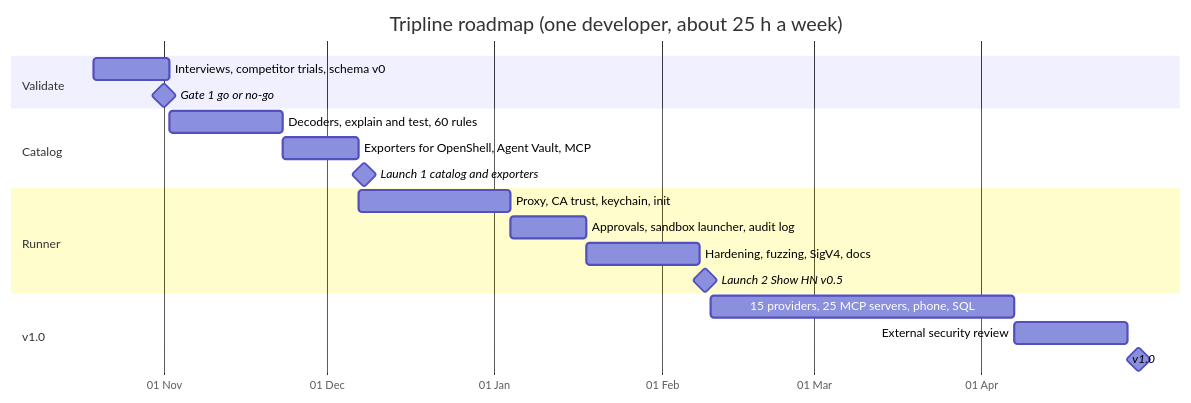
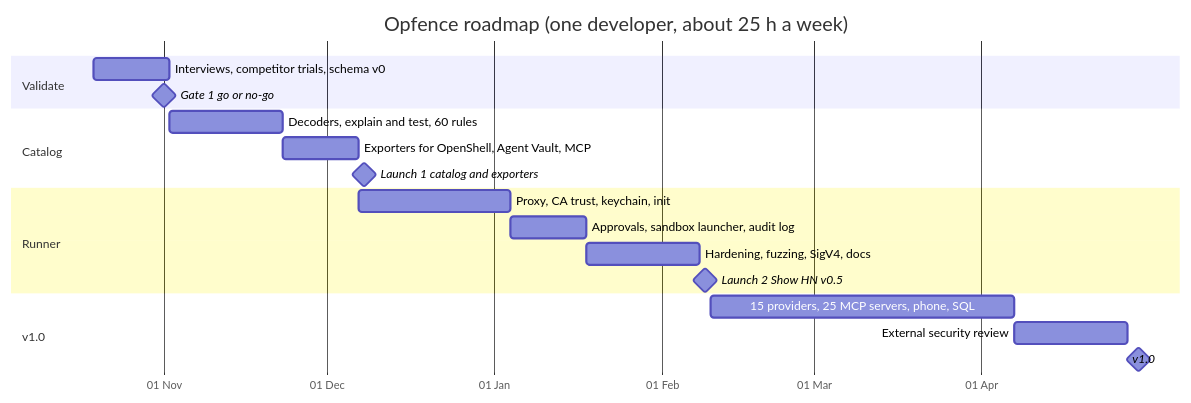
One commit to rakeshnitb23/opfence changed the third of 3 diagrams in docs/PLAN.md. Above: the diagram before and after it, drawn with Mermaid. The commit also changed other lines of this file, not shown here.

Commit message:
Rename project to Opfence

````diff
--- a/docs/PLAN.md
+++ b/docs/PLAN.md
@@ -388,22 +388,22 @@
 ```mermaid
 gantt
-  title Tripline roadmap (one developer, about 25 h a week)
+  title Opfence roadmap (one developer, about 25 h a week)
   dateFormat YYYY-MM-DD
   axisFormat %d %b
   section Validate
   Interviews, competitor trials, schema v0        :a1, 2026-10-19, 14d
   Gate 1 go or no-go                              :milestone, g1, 2026-11-01, 0d
   section Catalog
   Decoders, explain and test, 60 rules            :a2, 2026-11-02, 21d
   Exporters for OpenShell, Agent Vault, MCP       :a3, 2026-11-23, 14d
   Launch 1 catalog and exporters                  :milestone, l1, 2026-12-08, 0d
   section Runner
   Proxy, CA trust, keychain, init                 :a4, 2026-12-07, 28d
   Approvals, sandbox launcher, audit log          :a5, 2027-01-04, 14d
   Hardening, fuzzing, SigV4, docs                 :a6, 2027-01-18, 21d
   Launch 2 Show HN v0.5                           :milestone, l2, 2027-02-09, 0d
   section v1.0
   15 providers, 25 MCP servers, phone, SQL        :a7, 2027-02-10, 56d
   External security review                        :a8, 2027-04-07, 21d
   v1.0                                            :milestone, v1, 2027-04-30, 0d
 ```
````
